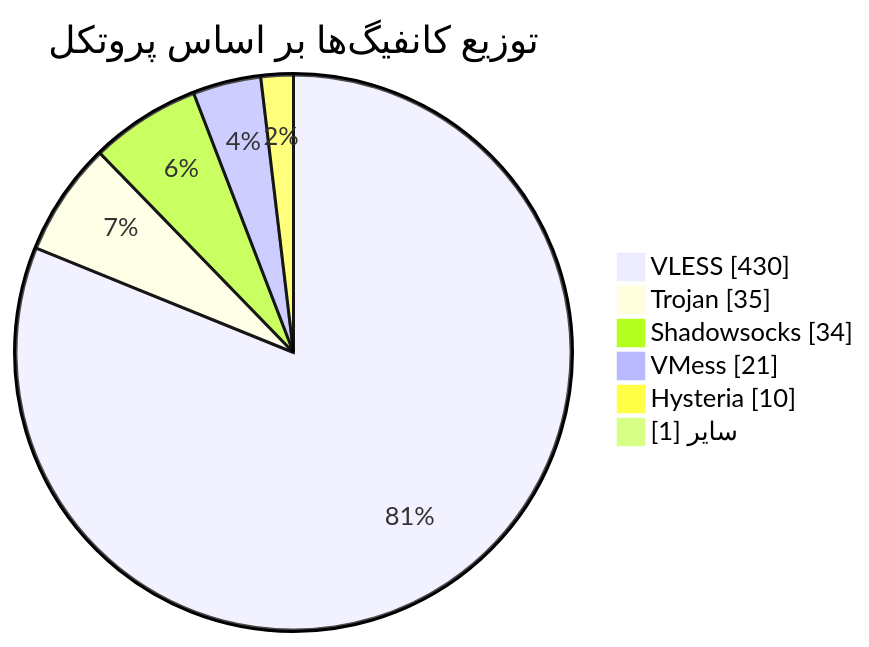
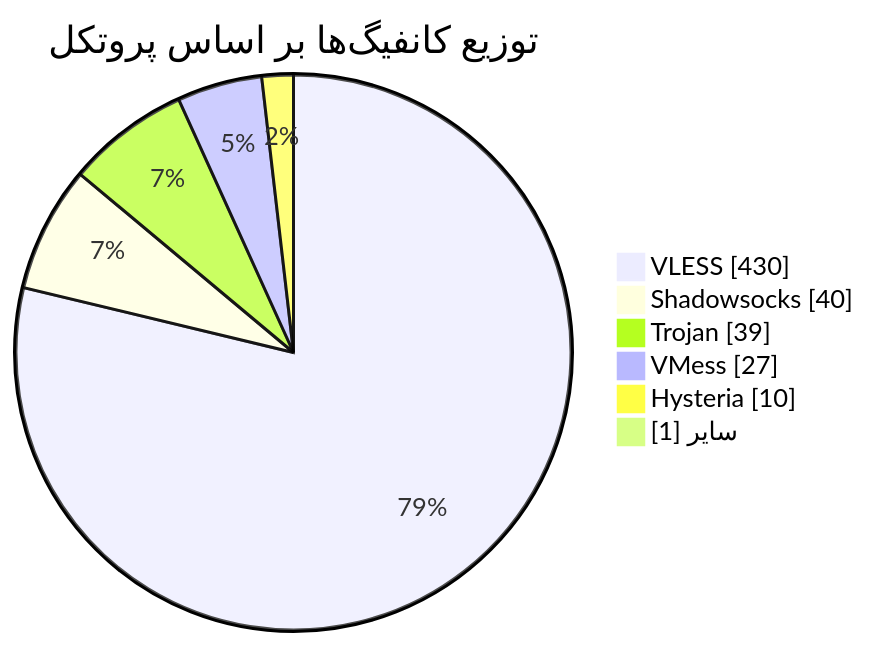
One commit to Arian-Alijani/Somthing changed the diagram in README.md. Above: the diagram before and after it, drawn with Mermaid. The commit also changed other lines of this file and 65 other files, not shown here.

````diff
--- a/README.md
+++ b/README.md
@@ -48,10 +48,10 @@
 ```mermaid
 pie showData
     title توزیع کانفیگ‌ها بر اساس پروتکل
     "VLESS" : 430
-    "Trojan" : 35
-    "Shadowsocks" : 34
-    "VMess" : 21
+    "Shadowsocks" : 40
+    "Trojan" : 39
+    "VMess" : 27
     "Hysteria" : 10
     "سایر" : 1
 ```
````
